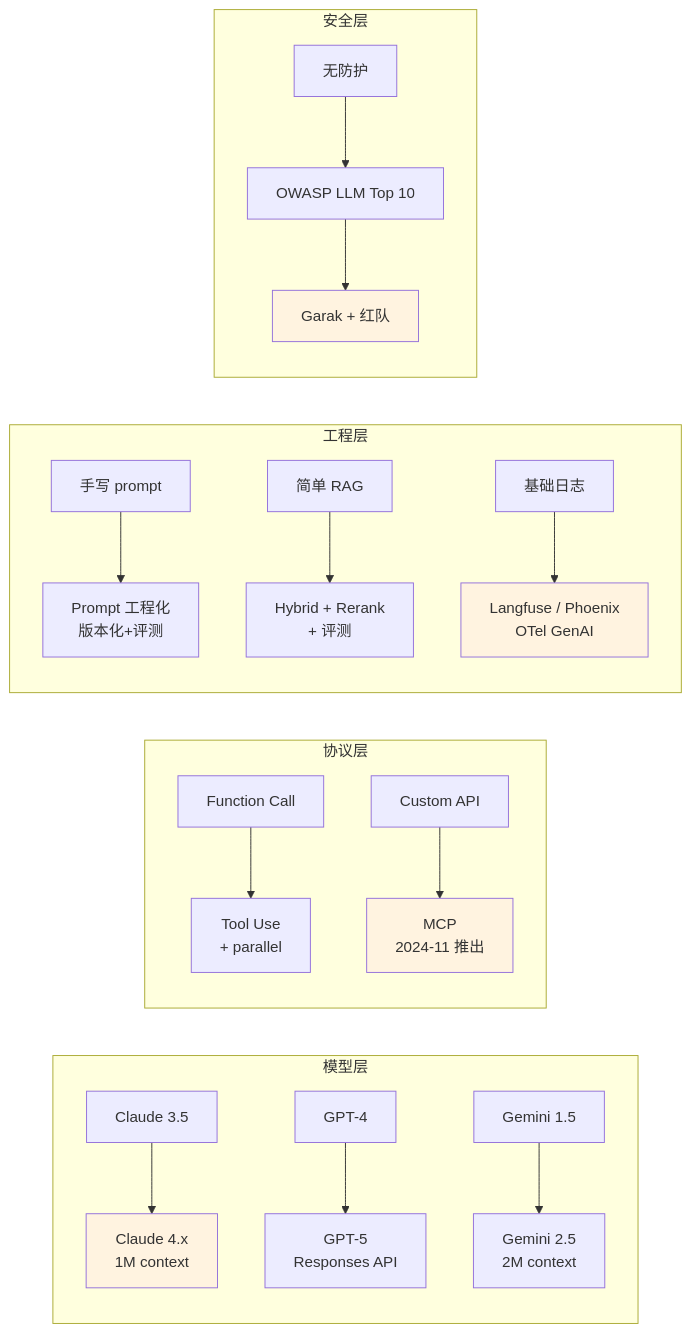
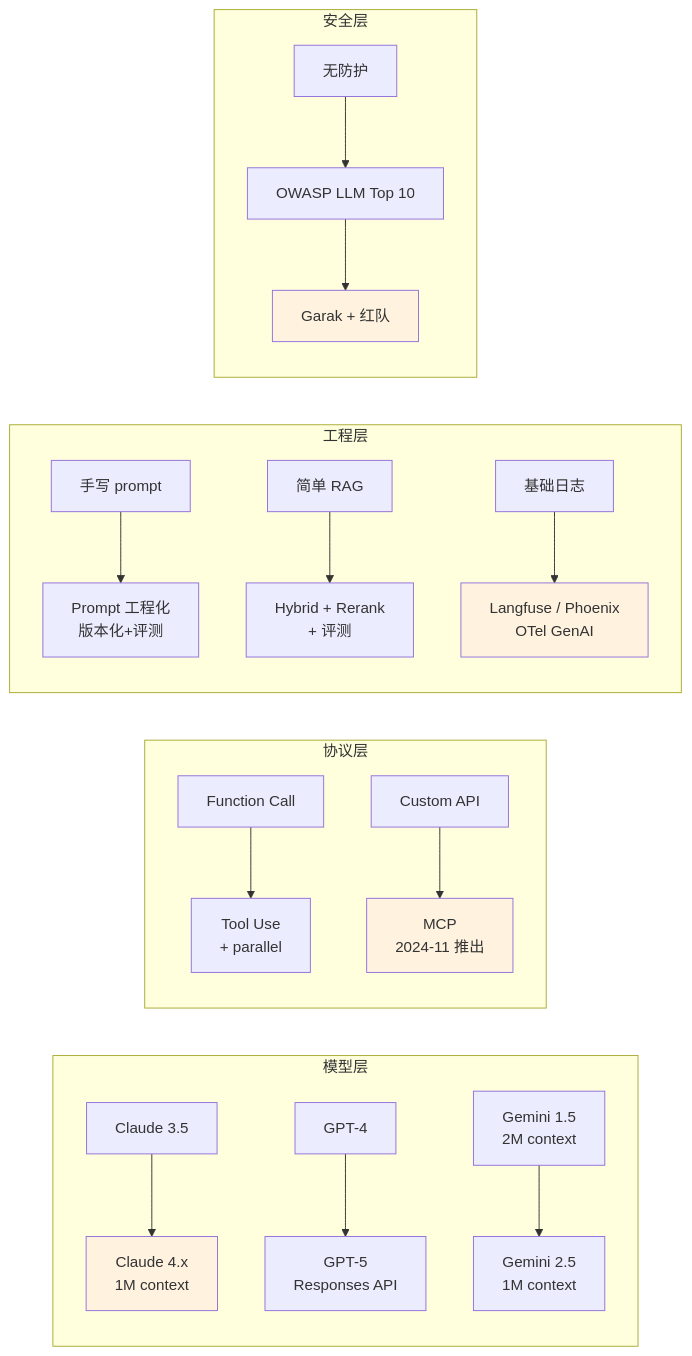
Diagram 15 of 15 in ai-backend/ROADMAP.md (Kirby980/backend-handbook), drawn with Mermaid before and after one commit. The commit also changed 135 other files, not shown here.

````diff
--- a/ai-backend/ROADMAP.md
+++ b/ai-backend/ROADMAP.md
@@ -346,29 +346,29 @@
 ```mermaid
 graph LR
     subgraph 模型层
     M1[Claude 3.5] --> M2[Claude 4.x<br>1M context]
     M3[GPT-4] --> M4[GPT-5<br>Responses API]
-    M5[Gemini 1.5] --> M6[Gemini 2.5<br>2M context]
+    M5[Gemini 1.5<br>2M context] --> M6[Gemini 2.5<br>1M context]
     end
 
     subgraph 协议层
     P1[Function Call] --> P2[Tool Use<br>+ parallel]
     P3[Custom API] --> P4[MCP<br>2024-11 推出]
     end
 
     subgraph 工程层
     E1[手写 prompt] --> E2[Prompt 工程化<br>版本化+评测]
     E3[简单 RAG] --> E4[Hybrid + Rerank<br>+ 评测]
     E5[基础日志] --> E6[Langfuse / Phoenix<br>OTel GenAI]
     end
 
     subgraph 安全层
     S1[无防护] --> S2[OWASP LLM Top 10]
     S2 --> S3[Garak + 红队]
     end
 
     style M2 fill:#fff3e0
     style P4 fill:#fff3e0
     style E6 fill:#fff3e0
     style S3 fill:#fff3e0
 ```
````
